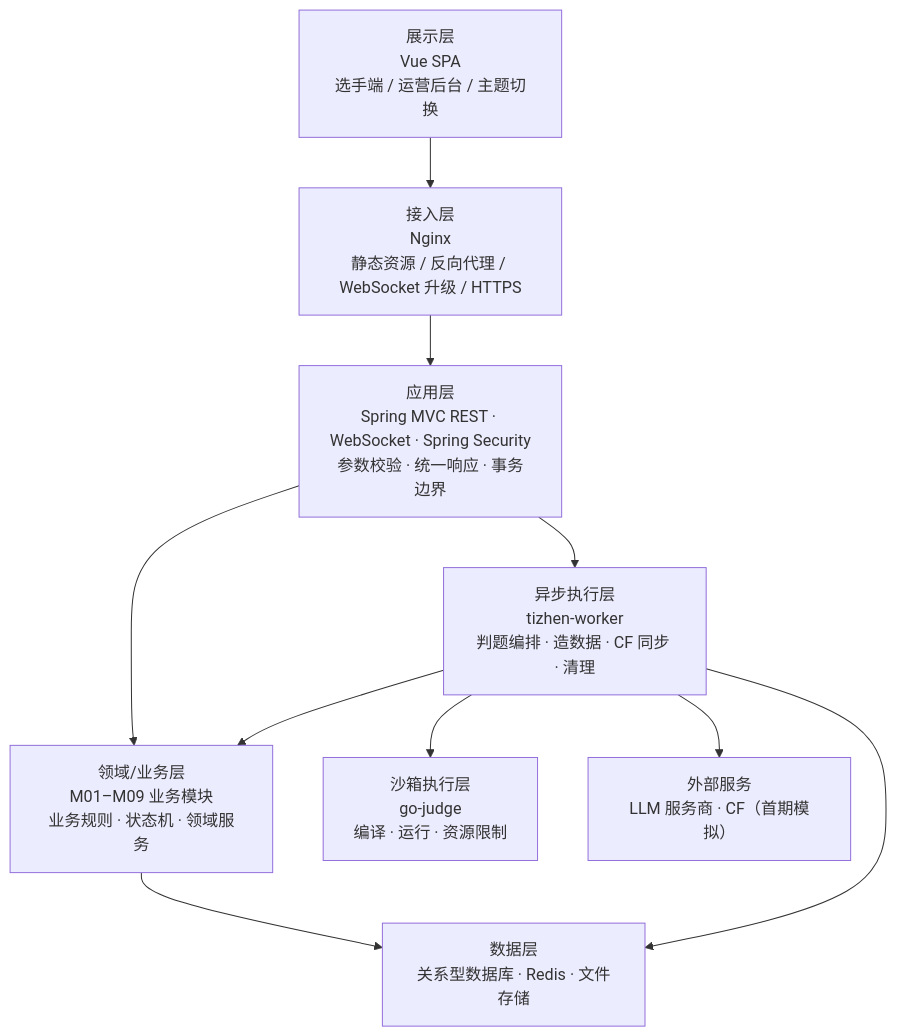
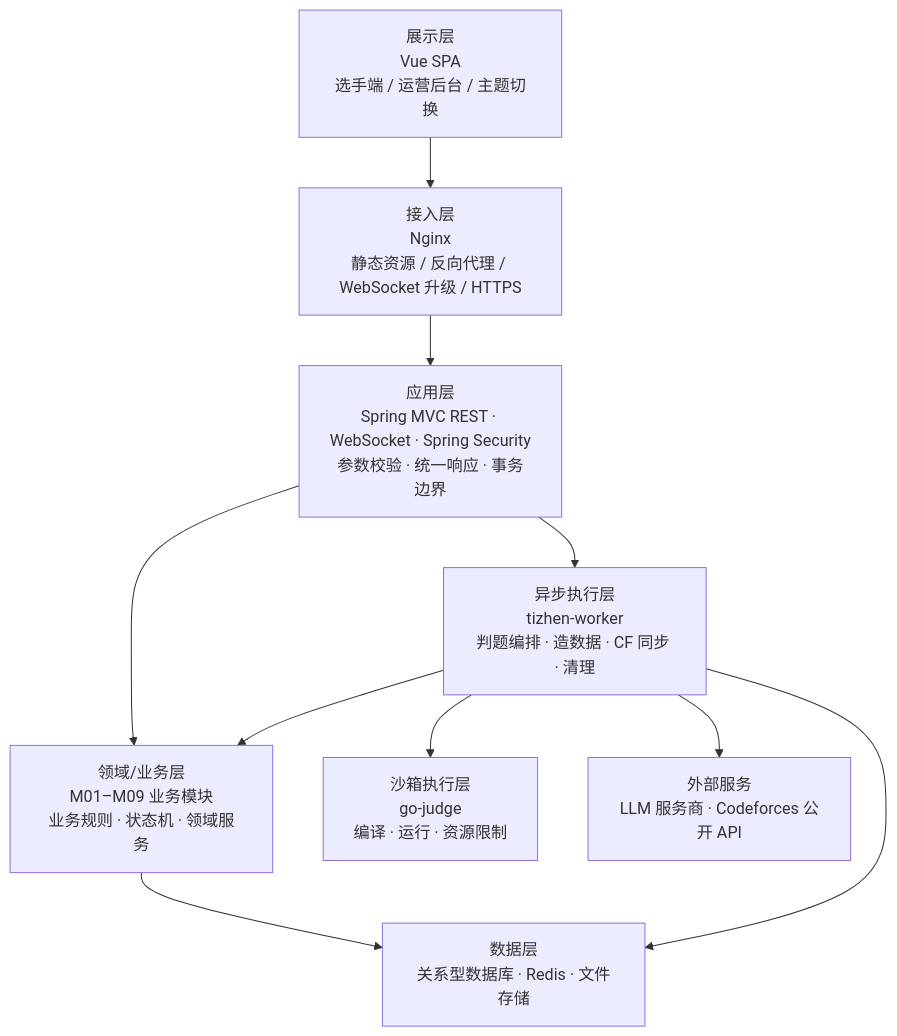
Before and after one commit to 8Today8/tizhen: the second of 6 diagrams in docs/design/02.整体架构设计.md, drawn with Mermaid. The commit also changed other lines of this file and 326 other files, not shown here.

````diff
--- a/docs/design/02.整体架构设计.md
+++ b/docs/design/02.整体架构设计.md
@@ -303,19 +303,19 @@
 ```mermaid
 flowchart TB
   L1["展示层<br/>Vue SPA<br/>选手端 / 运营后台 / 主题切换"]
   L2["接入层<br/>Nginx<br/>静态资源 / 反向代理 / WebSocket 升级 / HTTPS"]
   L3["应用层<br/>Spring MVC REST · WebSocket · Spring Security<br/>参数校验 · 统一响应 · 事务边界"]
   L4["领域/业务层<br/>M01–M09 业务模块<br/>业务规则 · 状态机 · 领域服务"]
   L5["异步执行层<br/>tizhen-worker<br/>判题编排 · 造数据 · CF 同步 · 清理"]
   L6["沙箱执行层<br/>go-judge<br/>编译 · 运行 · 资源限制"]
   L7["数据层<br/>关系型数据库 · Redis · 文件存储"]
-  L8["外部服务<br/>LLM 服务商 · CF（首期模拟）"]
+  L8["外部服务<br/>LLM 服务商 · Codeforces 公开 API"]
 
   L1 --> L2 --> L3 --> L4
   L4 --> L7
   L3 --> L5
   L5 --> L4
   L5 --> L6
   L5 --> L8
   L5 --> L7
 ```
````
